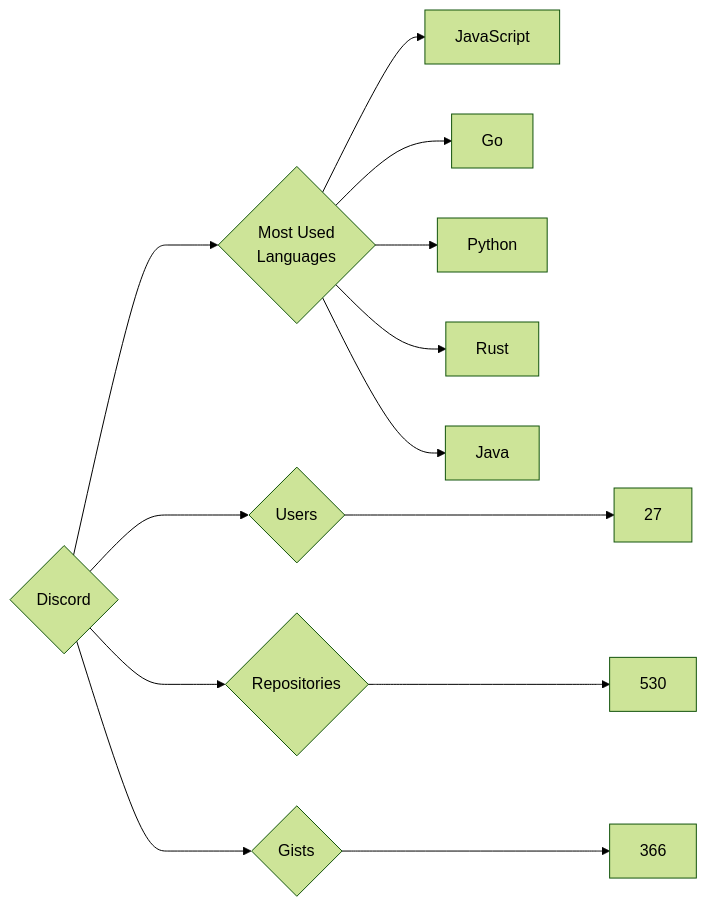
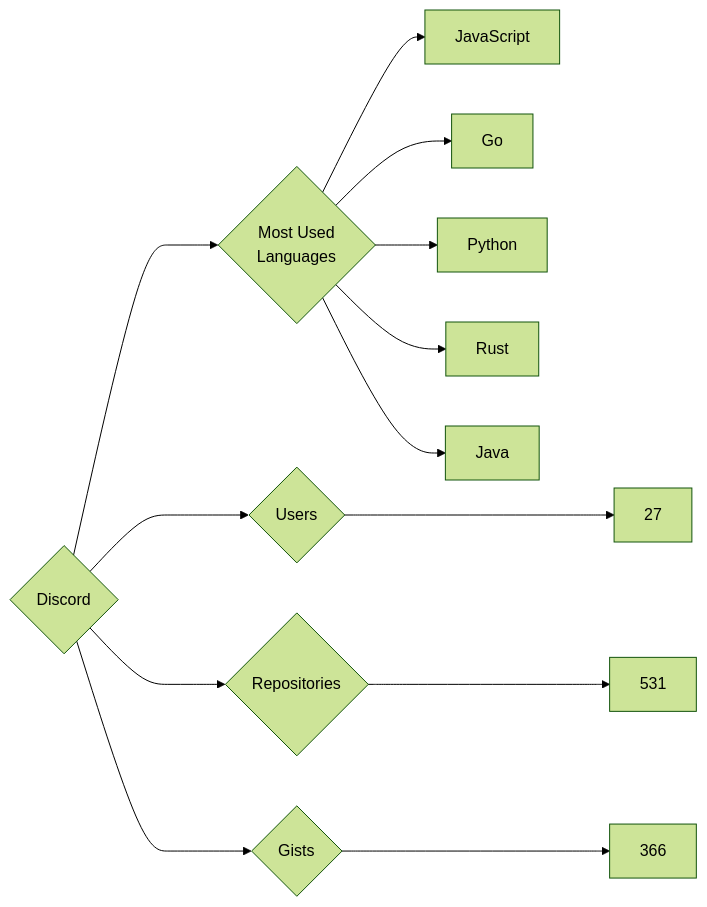
One commit to trickest/insiders changed the diagram in targets/Discord/README.md. Above: the diagram before and after it, drawn with Mermaid (forest theme). The commit also changed 545 other files, not shown here.

````diff
--- a/targets/Discord/README.md
+++ b/targets/Discord/README.md
@@ -3,13 +3,13 @@
 ```mermaid
 graph LR
 COMPANY_NAME{Discord}
 COMPANY_NAME ---> U{Users} ---> UN[27]
-COMPANY_NAME ---> R{Repositories} ---> RN[530]
+COMPANY_NAME ---> R{Repositories} ---> RN[531]
 COMPANY_NAME ---> G{Gists} ---> GN[366]
 COMPANY_NAME ---> ML{Most Used<br>Languages}
 ML --> JavaScript[JavaScript]
 ML --> Go[Go]
 ML --> Python[Python]
 ML --> Rust[Rust]
 ML --> Java[Java]
 ```
````
